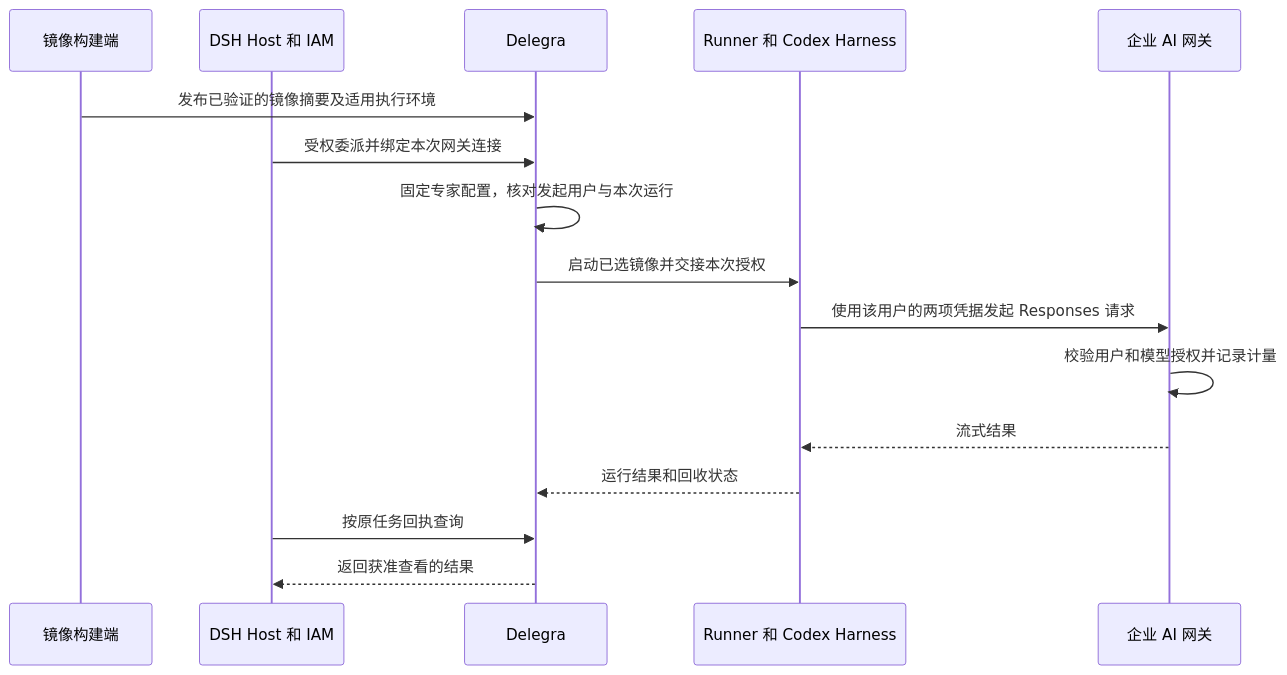
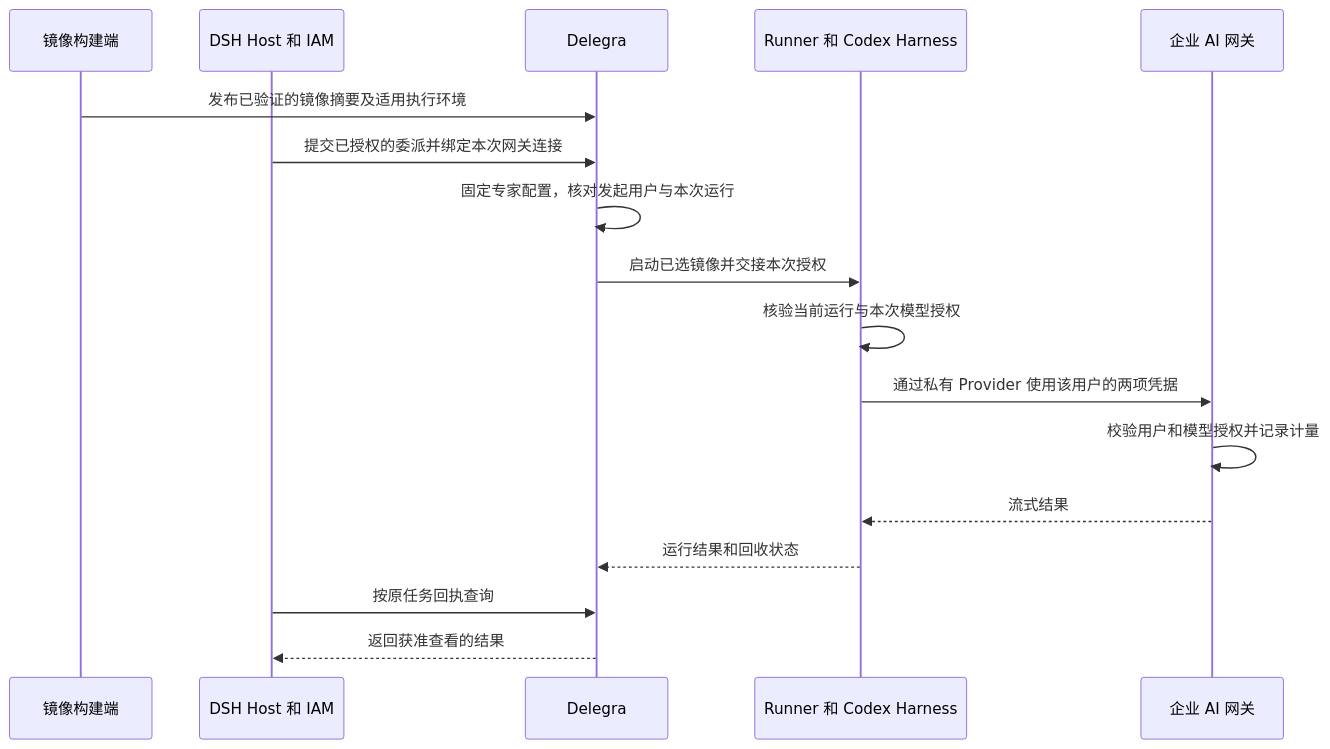
One commit to hrygo/heluo-forge changed the diagram in docs/design/delegra-runtime-images.md. Above: the diagram before and after it, drawn with Mermaid. The commit also changed other lines of this file and 7 other files, not shown here.

````diff
--- a/docs/design/delegra-runtime-images.md
+++ b/docs/design/delegra-runtime-images.md
@@ -75,18 +77,19 @@
 ```mermaid
 sequenceDiagram
     participant B as 镜像构建端
     participant D as DSH Host 和 IAM
     participant S as Delegra
     participant R as Runner 和 Codex Harness
     participant G as 企业 AI 网关
     B->>S: 发布已验证的镜像摘要及适用执行环境
-    D->>S: 受权委派并绑定本次网关连接
+    D->>S: 提交已授权的委派并绑定本次网关连接
     S->>S: 固定专家配置，核对发起用户与本次运行
     S->>R: 启动已选镜像并交接本次授权
-    R->>G: 使用该用户的两项凭据发起 Responses 请求
+    R->>R: 核验当前运行与本次模型授权
+    R->>G: 通过私有 Provider 使用该用户的两项凭据
     G->>G: 校验用户和模型授权并记录计量
     G-->>R: 流式结果
     R-->>S: 运行结果和回收状态
     D->>S: 按原任务回执查询
     S-->>D: 返回获准查看的结果
 ```
````
